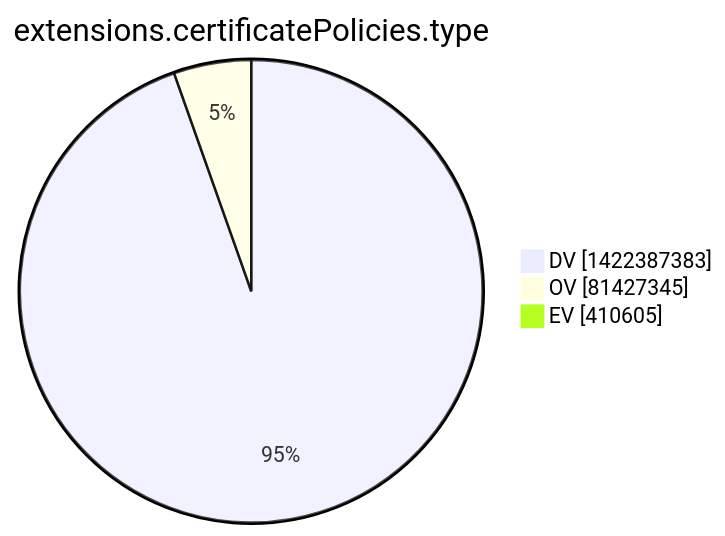
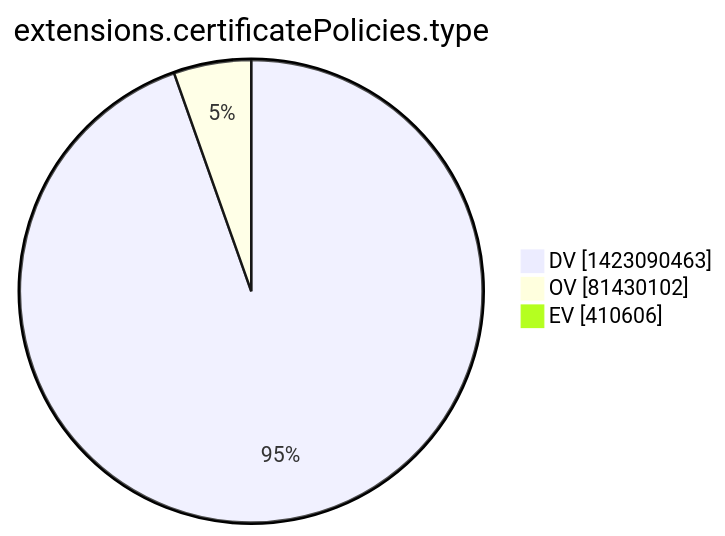
The tenth of 15 diagrams in xenon2022/README.md (christiankrug/ctmonitor_visualization), drawn with Mermaid before and after one commit. The commit also changed other lines of this file, not shown here.

````diff
--- a/xenon2022/README.md
+++ b/xenon2022/README.md
@@ -2866,7 +2866,7 @@
 ```mermaid
 pie showData
 title extensions.certificatePolicies.type
-"DV" :1422387383
-"OV" :81427345
-"EV" :410605
+"DV" :1423090463
+"OV" :81430102
+"EV" :410606
 ```
````
